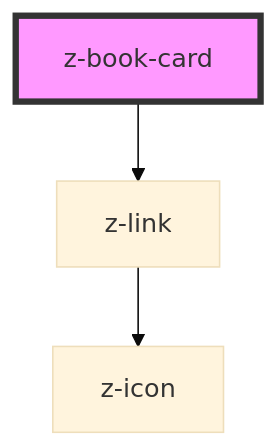
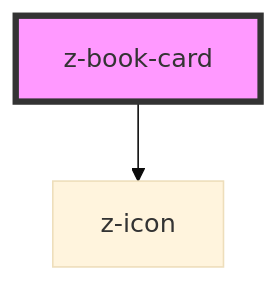
Before and after one commit to ZanichelliEditore/design-system: the diagram in src/components/z-book-card/readme.md, drawn with Mermaid (base theme). The commit also changed other lines of this file and 2 other files, not shown here.

````diff
--- a/src/components/z-book-card/readme.md
+++ b/src/components/z-book-card/readme.md
@@ -41,6 +41,5 @@
 ```mermaid
 graph TD;
-  z-book-card --> z-link
-  z-link --> z-icon
+  z-book-card --> z-icon
   style z-book-card fill:#f9f,stroke:#333,stroke-width:4px
 ```
````
